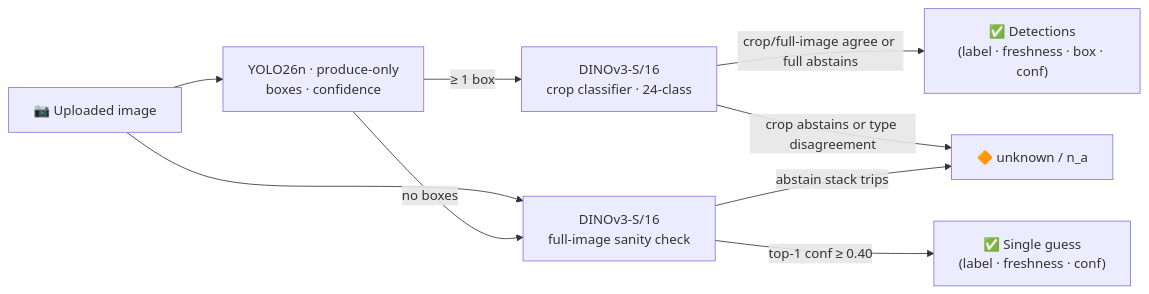
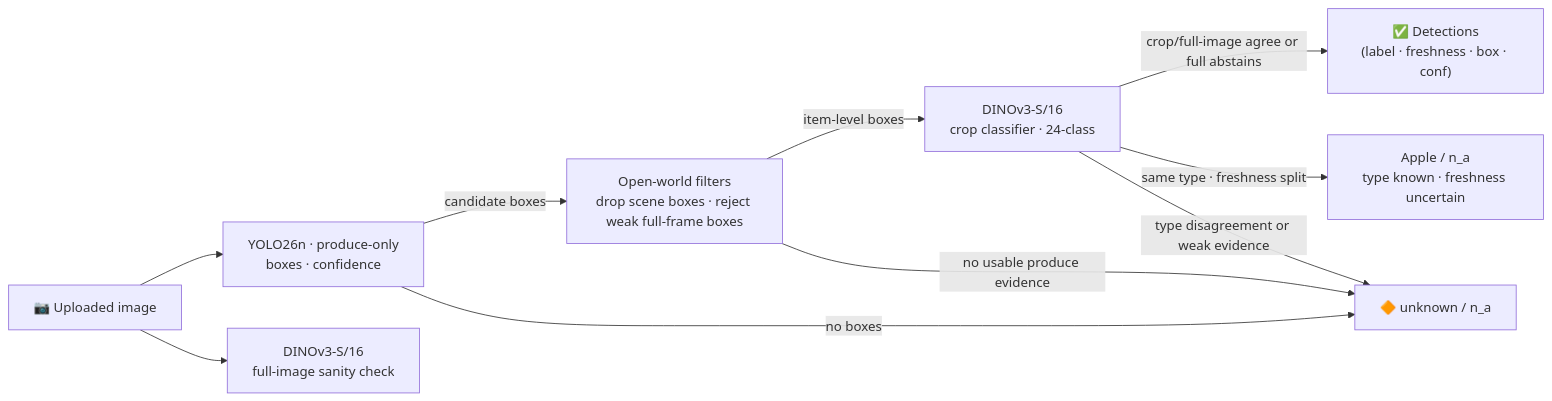
One commit to Abdulrahman-Elsmmany/freshguard-vision changed the diagram in README.md. Above: the diagram before and after it, drawn with Mermaid. The commit also changed other lines of this file and 21 other files, not shown here.

Commit message:
Ship FreshGuard v2.1 open-world release

````diff
--- a/README.md
+++ b/README.md
@@ -49,19 +51,21 @@
 ```mermaid
 flowchart LR
     UP["📷 Uploaded image"]
     YOLO["YOLO26n · produce-only<br/>boxes · confidence"]
     CROP["DINOv3-S/16<br/>crop classifier · 24-class"]
     FULL["DINOv3-S/16<br/>full-image sanity check"]
+    POST["Open-world filters<br/>drop scene boxes · reject weak full-frame boxes"]
     DET["✅ Detections<br/>(label · freshness · box · conf)"]
-    CLS["✅ Single guess<br/>(label · freshness · conf)"]
+    PARTIAL["Apple / n_a<br/>type known · freshness uncertain"]
     UNK["🔶 unknown / n_a"]
 
     UP --> YOLO
-    YOLO -->|"≥ 1 box"| CROP
+    YOLO -->|"candidate boxes"| POST
+    POST -->|"item-level boxes"| CROP
+    POST -->|"no usable produce evidence"| UNK
     UP --> FULL
     CROP -->|"crop/full-image agree or full abstains"| DET
-    CROP -->|"crop abstains or type disagreement"| UNK
-    YOLO -->|"no boxes"| FULL
-    FULL -->|"top-1 conf ≥ 0.40"| CLS
-    FULL -->|"abstain stack trips"| UNK
+    CROP -->|"same type · freshness split"| PARTIAL
+    CROP -->|"type disagreement or weak evidence"| UNK
+    YOLO -->|"no boxes"| UNK
 ```
````
